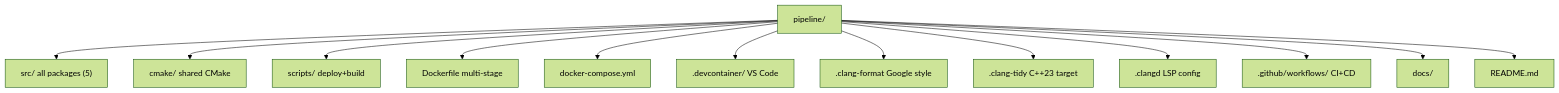
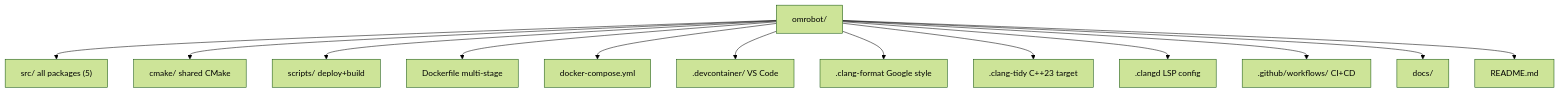
One commit to sunyuming53-byte/the_first_box changed the first of 2 diagrams in docs/ONBOARDING.md. Above: the diagram before and after it, drawn with Mermaid (forest theme). The commit also changed other lines of this file and 22 other files, not shown here.

````diff
--- a/docs/ONBOARDING.md
+++ b/docs/ONBOARDING.md
@@ -146,16 +145,16 @@
 ```mermaid
 graph TD
-    root["pipeline/"]
+    root["omrobot/"]
     root --> src["src/ all packages (5)"]
     root --> cmake["cmake/ shared CMake"]
     root --> scripts["scripts/ deploy+build"]
     root --> dockerfile["Dockerfile multi-stage"]
     root --> compose["docker-compose.yml"]
     root --> devcontainer[".devcontainer/ VS Code"]
     root --> fmt[".clang-format Google style"]
     root --> tidy[".clang-tidy C++23 target"]
     root --> clangd[".clangd LSP config"]
     root --> workflows[".github/workflows/ CI+CD"]
     root --> docs["docs/"]
     root --> readme["README.md"]
 ```
````
